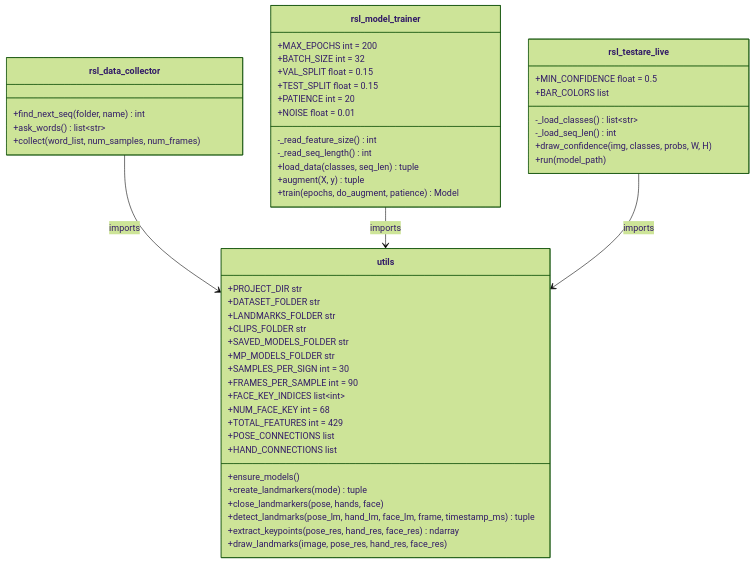
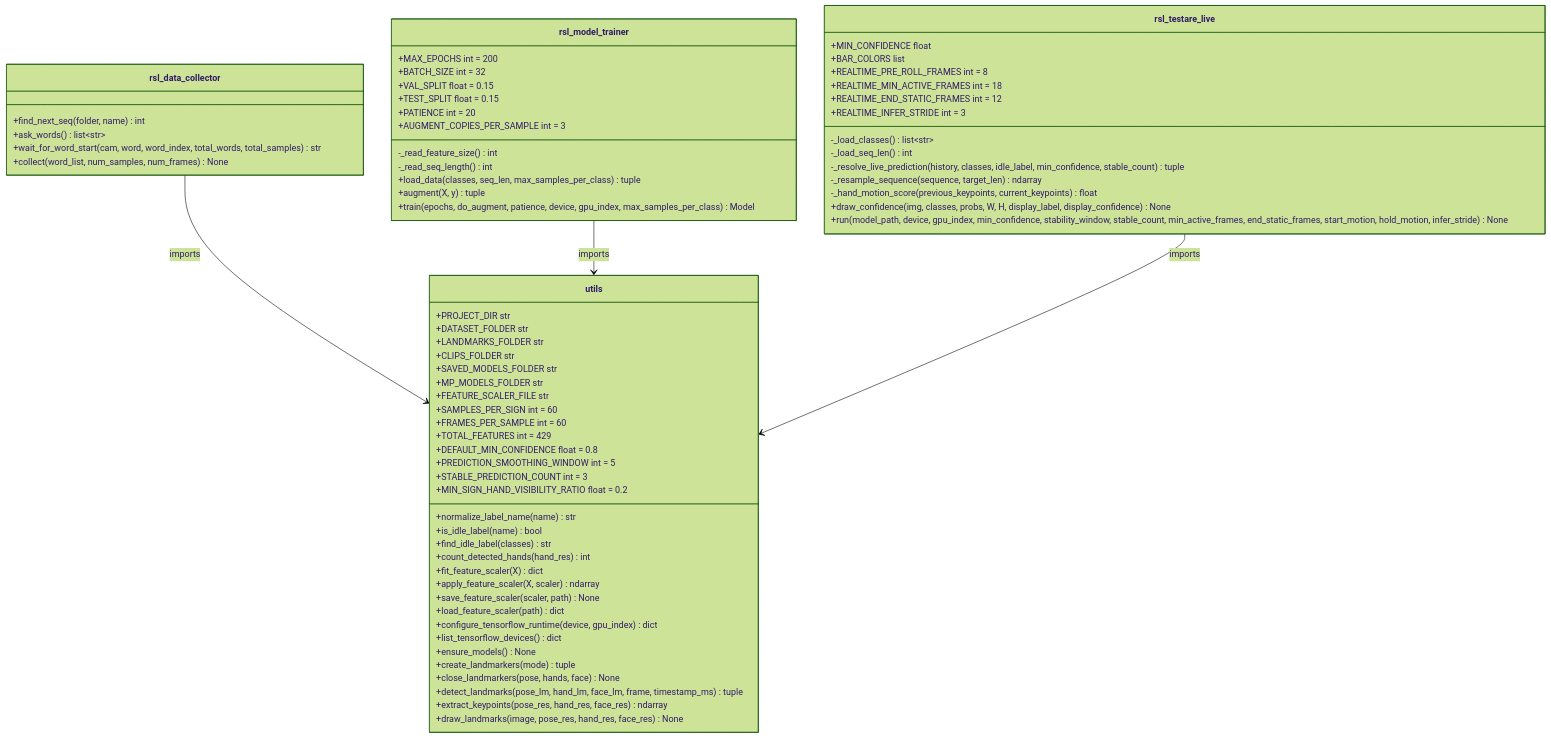
The third of 9 diagrams in RSLdataset/docs/DIAGRAMS.md (IuraHD/rsllearn), drawn with Mermaid (forest theme) before and after one commit. The commit also changed other lines of this file and 23 other files, not shown here.

````diff
--- a/RSLdataset/docs/DIAGRAMS.md
+++ b/RSLdataset/docs/DIAGRAMS.md
@@ -84,53 +104,76 @@
 ```mermaid
 classDiagram
     class utils {
         +PROJECT_DIR str
         +DATASET_FOLDER str
         +LANDMARKS_FOLDER str
         +CLIPS_FOLDER str
         +SAVED_MODELS_FOLDER str
         +MP_MODELS_FOLDER str
-        +SAMPLES_PER_SIGN int = 30
-        +FRAMES_PER_SAMPLE int = 90
-        +FACE_KEY_INDICES list~int~
-        +NUM_FACE_KEY int = 68
+        +FEATURE_SCALER_FILE str
+        +SAMPLES_PER_SIGN int = 60
+        +FRAMES_PER_SAMPLE int = 60
         +TOTAL_FEATURES int = 429
-        +POSE_CONNECTIONS list
-        +HAND_CONNECTIONS list
-        +ensure_models()
+        +DEFAULT_MIN_CONFIDENCE float = 0.8
+        +PREDICTION_SMOOTHING_WINDOW int = 5
+        +STABLE_PREDICTION_COUNT int = 3
+        +MIN_SIGN_HAND_VISIBILITY_RATIO float = 0.2
+        +normalize_label_name(name) str
+        +is_idle_label(name) bool
+        +find_idle_label(classes) str
+        +count_detected_hands(hand_res) int
+        +fit_feature_scaler(X) dict
+        +apply_feature_scaler(X, scaler) ndarray
+        +save_feature_scaler(scaler, path) None
+        +load_feature_scaler(path) dict
+        +configure_tensorflow_runtime(device, gpu_index) dict
+        +list_tensorflow_devices() dict
+        +ensure_models() None
         +create_landmarkers(mode) tuple
-        +close_landmarkers(pose, hands, face)
+        +close_landmarkers(pose, hands, face) None
         +detect_landmarks(pose_lm, hand_lm, face_lm, frame, timestamp_ms) tuple
         +extract_keypoints(pose_res, hand_res, face_res) ndarray
-        +draw_landmarks(image, pose_res, hand_res, face_res)
+        +draw_landmarks(image, pose_res, hand_res, face_res) None
     }
+
     class rsl_data_collector {
         +find_next_seq(folder, name) int
         +ask_words() list~str~
-        +collect(word_list, num_samples, num_frames)
+        +wait_for_word_start(cam, word, word_index, total_words, total_samples) str
+        +collect(word_list, num_samples, num_frames) None
     }
+
     class rsl_model_trainer {
         +MAX_EPOCHS int = 200
         +BATCH_SIZE int = 32
         +VAL_SPLIT float = 0.15
         +TEST_SPLIT float = 0.15
         +PATIENCE int = 20
-        +NOISE float = 0.01
+        +AUGMENT_COPIES_PER_SAMPLE int = 3
         -_read_feature_size() int
         -_read_seq_length() int
-        +load_data(classes, seq_len) tuple
+        +load_data(classes, seq_len, max_samples_per_class) tuple
         +augment(X, y) tuple
-        +train(epochs, do_augment, patience) Model
+        +train(epochs, do_augment, patience, device, gpu_index, max_samples_per_class) Model
     }
+
     class rsl_testare_live {
-        +MIN_CONFIDENCE float = 0.5
+        +MIN_CONFIDENCE float
         +BAR_COLORS list
+        +REALTIME_PRE_ROLL_FRAMES int = 8
+        +REALTIME_MIN_ACTIVE_FRAMES int = 18
+        +REALTIME_END_STATIC_FRAMES int = 12
+        +REALTIME_INFER_STRIDE int = 3
         -_load_classes() list~str~
         -_load_seq_len() int
-        +draw_confidence(img, classes, probs, W, H)
-        +run(model_path)
+        -_resolve_live_prediction(history, classes, idle_label, min_confidence, stable_count) tuple
+        -_resample_sequence(sequence, target_len) ndarray
+        -_hand_motion_score(previous_keypoints, current_keypoints) float
+        +draw_confidence(img, classes, probs, W, H, display_label, display_confidence) None
+        +run(model_path, device, gpu_index, min_confidence, stability_window, stable_count, min_active_frames, end_static_frames, start_motion, hold_motion, infer_stride) None
     }
+
     rsl_data_collector --> utils : imports
     rsl_model_trainer --> utils : imports
     rsl_testare_live --> utils : imports
 ```
````
